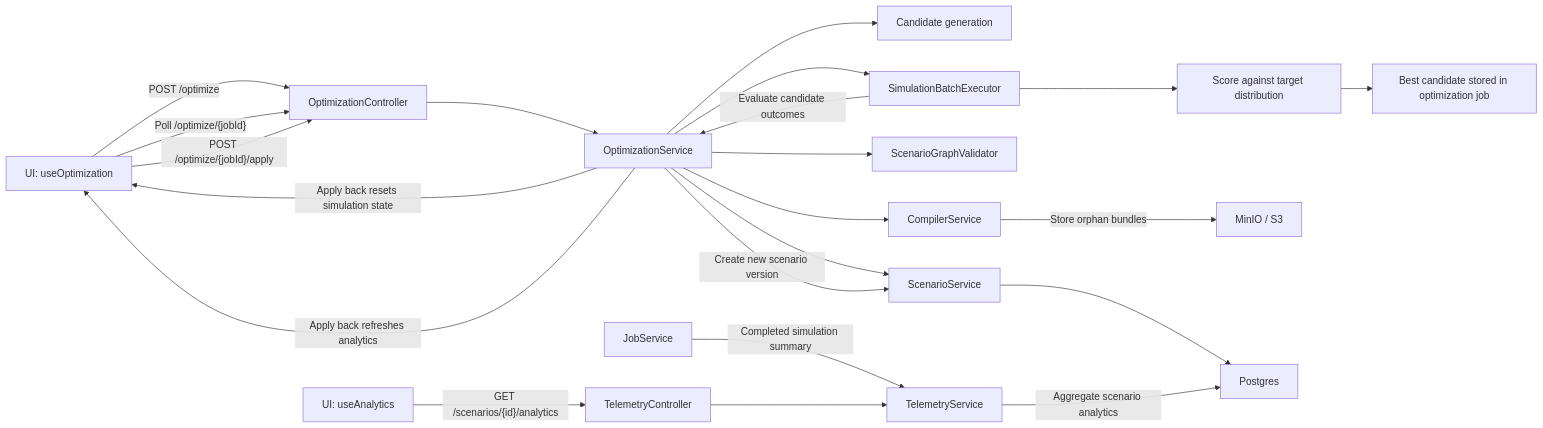
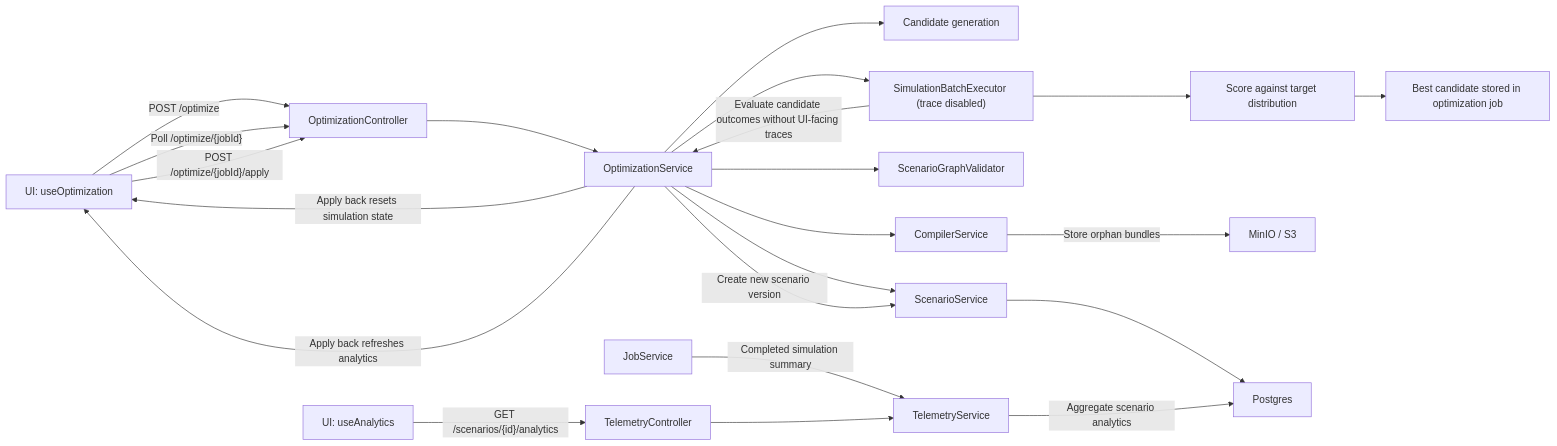
Before and after one commit to danagbemava/athanor: the fifth of 5 diagrams in docs/architecture/knowledge-graph.md, drawn with Mermaid. The commit also changed other lines of this file and 1 other file, not shown here.

Commit message:
Clarify validation and compilation flows

````diff
--- a/docs/architecture/knowledge-graph.md
+++ b/docs/architecture/knowledge-graph.md
@@ -172,25 +187,25 @@
 ```mermaid
 flowchart LR
   UIOpt["UI: useOptimization"] -->|"POST /optimize"| OptController["OptimizationController"]
   OptController --> OptService["OptimizationService"]
   OptService --> Candidate["Candidate generation"]
   OptService --> Scenario["ScenarioService"]
   OptService --> Validator["ScenarioGraphValidator"]
   OptService --> Compiler["CompilerService"]
-  OptService --> Executor["SimulationBatchExecutor"]
+  OptService --> Executor["SimulationBatchExecutor (trace disabled)"]
   Executor --> Score["Score against target distribution"]
   Score --> Best["Best candidate stored in optimization job"]
   Compiler -->|"Store orphan bundles"| MinIO["MinIO / S3"]
-  Executor -->|"Evaluate candidate outcomes"| OptService
+  Executor -->|"Evaluate candidate outcomes without UI-facing traces"| OptService
   UIOpt -->|"Poll /optimize/{jobId}"| OptController
   UIOpt -->|"POST /optimize/{jobId}/apply"| OptController
   OptService -->|"Create new scenario version"| Scenario
   OptService -->|"Apply back resets simulation state"| UIOpt
   OptService -->|"Apply back refreshes analytics"| UIOpt
   Scenario --> Postgres["Postgres"]
 
   Job["JobService"] -->|"Completed simulation summary"| Telemetry["TelemetryService"]
   Telemetry -->|"Aggregate scenario analytics"| Postgres
   UIAnalytics["UI: useAnalytics"] -->|"GET /scenarios/{id}/analytics"| TelemetryController["TelemetryController"]
   TelemetryController --> Telemetry
 ```
````
